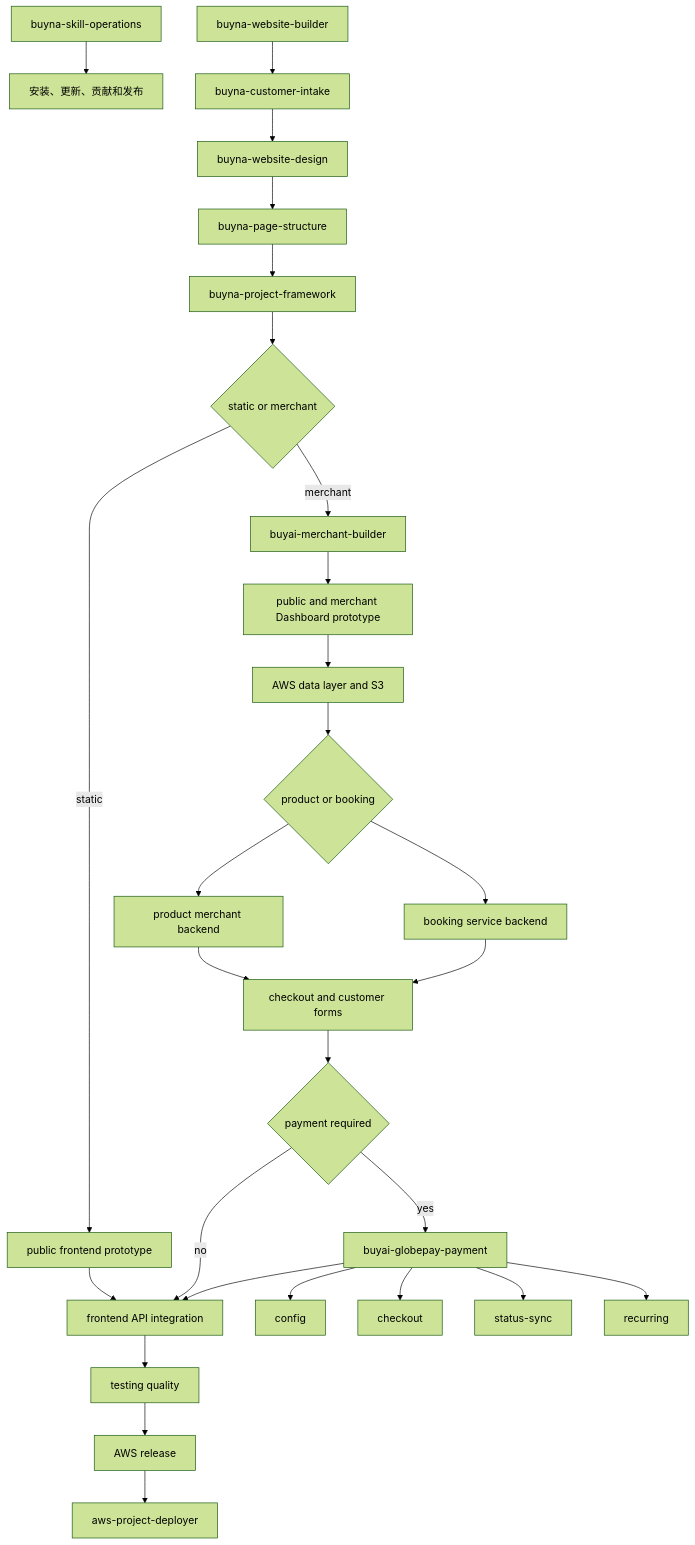
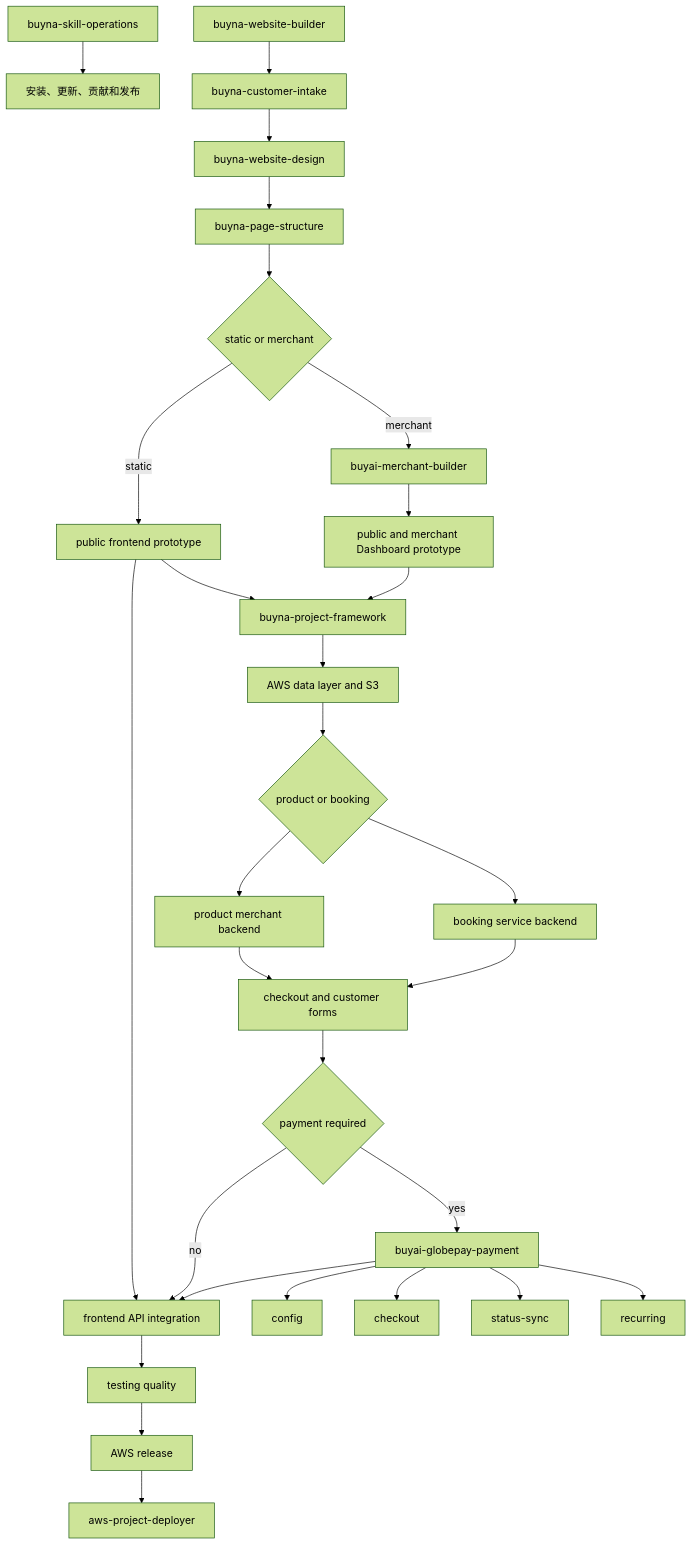
Before and after one commit to Kaku-shiko/buyna-agent-skills: the diagram in docs/OPERATIONS_MANUAL.md, drawn with Mermaid (forest theme). The commit also changed 7 other files, not shown here.

````diff
--- a/docs/OPERATIONS_MANUAL.md
+++ b/docs/OPERATIONS_MANUAL.md
@@ -50,30 +50,31 @@
 ```mermaid
 flowchart TD
     O[buyna-skill-operations] --> I[安装、更新、贡献和发布]
     B[buyna-website-builder] --> C[buyna-customer-intake]
     C --> D[buyna-website-design]
     D --> P[buyna-page-structure]
-    P --> K[buyna-project-framework]
-    K --> X{static or merchant}
+    P --> X{static or merchant}
     X -->|static| FPS[public frontend prototype]
     X -->|merchant| M[buyai-merchant-builder]
     M --> FPM[public and merchant Dashboard prototype]
-    FPM --> DB[AWS data layer and S3]
+    FPS --> K[buyna-project-framework]
+    FPM --> K
+    K --> DB[AWS data layer and S3]
     DB --> Q{product or booking}
     Q --> MP[product merchant backend]
     Q --> MB[booking service backend]
     MP --> UX[checkout and customer forms]
     MB --> UX
     UX --> Y{payment required}
     Y -->|yes| G[buyai-globepay-payment]
     FPS --> F[frontend API integration]
     Y -->|no| F
     G --> F
     F --> T[testing quality]
     T --> R[AWS release]
     R --> A[aws-project-deployer]
     G --> GC[config]
     G --> GO[checkout]
     G --> GS[status-sync]
     G --> GR[recurring]
 ```
````
